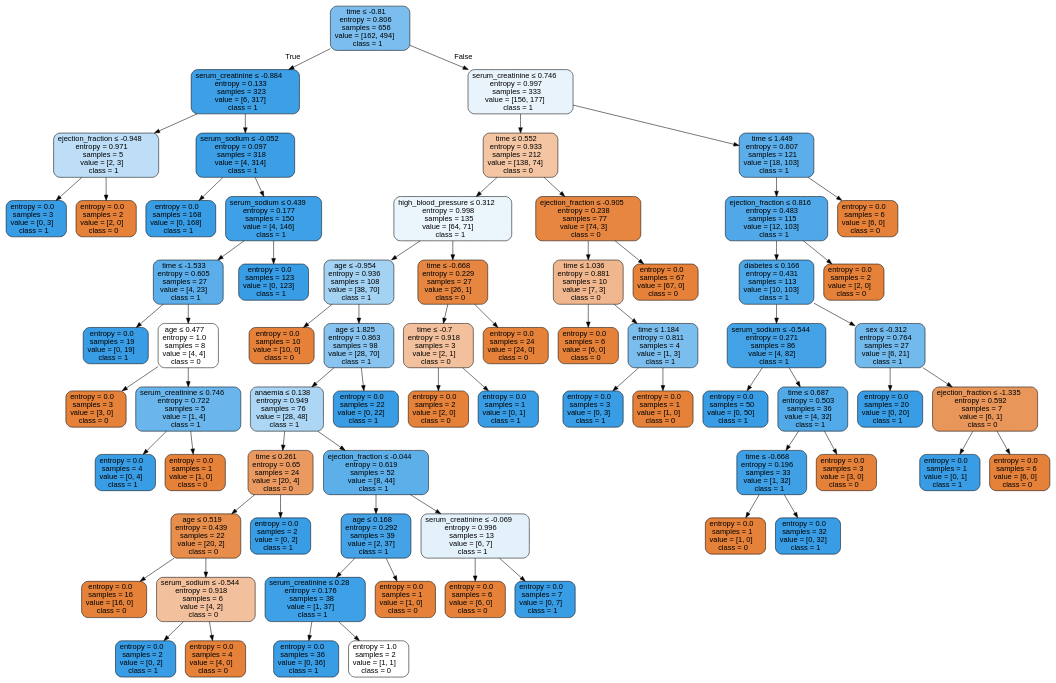
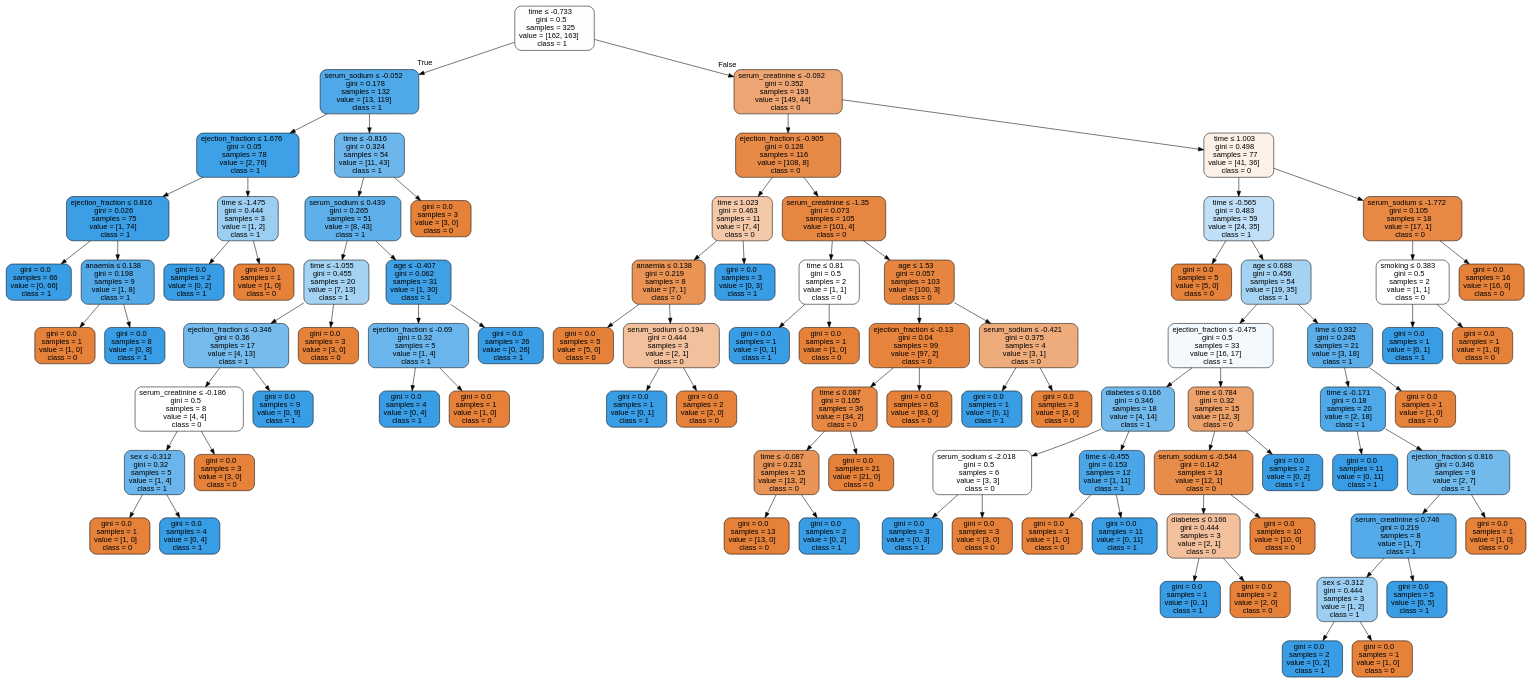
Before and after one commit to isabelSoares/CD-2021: the diagram in Labs/Lab05/Results/FeatureEng/OverSample/HFCR - OverSample - dtree.dot, drawn with Graphviz. The commit also changed 97 other files, not shown here.

```diff
--- a/Labs/Lab05/Results/FeatureEng/OverSample/HFCR - OverSample - dtree.dot
+++ b/Labs/Lab05/Results/FeatureEng/OverSample/HFCR - OverSample - dtree.dot
@@ -1,141 +1,177 @@
 digraph Tree {
 node [shape=box, style="filled, rounded", color="black", fontname=helvetica] ;
 edge [fontname=helvetica] ;
-0 [label=<time &le; -0.81<br/>entropy = 0.806<br/>samples = 656<br/>value = [162, 494]<br/>class = 1>, fillcolor="#7abdee"] ;
-1 [label=<serum_creatinine &le; -0.884<br/>entropy = 0.133<br/>samples = 323<br/>value = [6, 317]<br/>class = 1>, fillcolor="#3d9fe5"] ;
+0 [label=<time &le; -0.733<br/>gini = 0.5<br/>samples = 325<br/>value = [162, 163]<br/>class = 1>, fillcolor="#fefeff"] ;
+1 [label=<serum_sodium &le; -0.052<br/>gini = 0.178<br/>samples = 132<br/>value = [13, 119]<br/>class = 1>, fillcolor="#4fa8e8"] ;
 0 -> 1 [labeldistance=2.5, labelangle=45, headlabel="True"] ;
-2 [label=<ejection_fraction &le; -0.948<br/>entropy = 0.971<br/>samples = 5<br/>value = [2, 3]<br/>class = 1>, fillcolor="#bddef6"] ;
+2 [label=<ejection_fraction &le; 1.676<br/>gini = 0.05<br/>samples = 78<br/>value = [2, 76]<br/>class = 1>, fillcolor="#3ea0e6"] ;
 1 -> 2 ;
-3 [label=<entropy = 0.0<br/>samples = 3<br/>value = [0, 3]<br/>class = 1>, fillcolor="#399de5"] ;
+3 [label=<ejection_fraction &le; 0.816<br/>gini = 0.026<br/>samples = 75<br/>value = [1, 74]<br/>class = 1>, fillcolor="#3c9ee5"] ;
 2 -> 3 ;
-4 [label=<entropy = 0.0<br/>samples = 2<br/>value = [2, 0]<br/>class = 0>, fillcolor="#e58139"] ;
-2 -> 4 ;
-5 [label=<serum_sodium &le; -0.052<br/>entropy = 0.097<br/>samples = 318<br/>value = [4, 314]<br/>class = 1>, fillcolor="#3c9ee5"] ;
-1 -> 5 ;
-6 [label=<entropy = 0.0<br/>samples = 168<br/>value = [0, 168]<br/>class = 1>, fillcolor="#399de5"] ;
+4 [label=<gini = 0.0<br/>samples = 66<br/>value = [0, 66]<br/>class = 1>, fillcolor="#399de5"] ;
+3 -> 4 ;
+5 [label=<anaemia &le; 0.138<br/>gini = 0.198<br/>samples = 9<br/>value = [1, 8]<br/>class = 1>, fillcolor="#52a9e8"] ;
+3 -> 5 ;
+6 [label=<gini = 0.0<br/>samples = 1<br/>value = [1, 0]<br/>class = 0>, fillcolor="#e58139"] ;
 5 -> 6 ;
-7 [label=<serum_sodium &le; 0.439<br/>entropy = 0.177<br/>samples = 150<br/>value = [4, 146]<br/>class = 1>, fillcolor="#3ea0e6"] ;
+7 [label=<gini = 0.0<br/>samples = 8<br/>value = [0, 8]<br/>class = 1>, fillcolor="#399de5"] ;
 5 -> 7 ;
-8 [label=<time &le; -1.533<br/>entropy = 0.605<br/>samples = 27<br/>value = [4, 23]<br/>class = 1>, fillcolor="#5baeea"] ;
-7 -> 8 ;
-9 [label=<entropy = 0.0<br/>samples = 19<br/>value = [0, 19]<br/>class = 1>, fillcolor="#399de5"] ;
+8 [label=<time &le; -1.475<br/>gini = 0.444<br/>samples = 3<br/>value = [1, 2]<br/>class = 1>, fillcolor="#9ccef2"] ;
+2 -> 8 ;
+9 [label=<gini = 0.0<br/>samples = 2<br/>value = [0, 2]<br/>class = 1>, fillcolor="#399de5"] ;
 8 -> 9 ;
-10 [label=<age &le; 0.477<br/>entropy = 1.0<br/>samples = 8<br/>value = [4, 4]<br/>class = 0>, fillcolor="#ffffff"] ;
+10 [label=<gini = 0.0<br/>samples = 1<br/>value = [1, 0]<br/>class = 0>, fillcolor="#e58139"] ;
 8 -> 10 ;
-11 [label=<entropy = 0.0<br/>samples = 3<br/>value = [3, 0]<br/>class = 0>, fillcolor="#e58139"] ;
-10 -> 11 ;
-12 [label=<serum_creatinine &le; 0.746<br/>entropy = 0.722<br/>samples = 5<br/>value = [1, 4]<br/>class = 1>, fillcolor="#6ab6ec"] ;
-10 -> 12 ;
-13 [label=<entropy = 0.0<br/>samples = 4<br/>value = [0, 4]<br/>class = 1>, fillcolor="#399de5"] ;
+11 [label=<time &le; -0.816<br/>gini = 0.324<br/>samples = 54<br/>value = [11, 43]<br/>class = 1>, fillcolor="#6cb6ec"] ;
+1 -> 11 ;
+12 [label=<serum_sodium &le; 0.439<br/>gini = 0.265<br/>samples = 51<br/>value = [8, 43]<br/>class = 1>, fillcolor="#5eafea"] ;
+11 -> 12 ;
+13 [label=<time &le; -1.055<br/>gini = 0.455<br/>samples = 20<br/>value = [7, 13]<br/>class = 1>, fillcolor="#a4d2f3"] ;
 12 -> 13 ;
-14 [label=<entropy = 0.0<br/>samples = 1<br/>value = [1, 0]<br/>class = 0>, fillcolor="#e58139"] ;
-12 -> 14 ;
-15 [label=<entropy = 0.0<br/>samples = 123<br/>value = [0, 123]<br/>class = 1>, fillcolor="#399de5"] ;
-7 -> 15 ;
-16 [label=<serum_creatinine &le; 0.746<br/>entropy = 0.997<br/>samples = 333<br/>value = [156, 177]<br/>class = 1>, fillcolor="#e8f3fc"] ;
-0 -> 16 [labeldistance=2.5, labelangle=-45, headlabel="False"] ;
-17 [label=<time &le; 0.552<br/>entropy = 0.933<br/>samples = 212<br/>value = [138, 74]<br/>class = 0>, fillcolor="#f3c5a3"] ;
+14 [label=<ejection_fraction &le; -0.346<br/>gini = 0.36<br/>samples = 17<br/>value = [4, 13]<br/>class = 1>, fillcolor="#76bbed"] ;
+13 -> 14 ;
+15 [label=<serum_creatinine &le; -0.186<br/>gini = 0.5<br/>samples = 8<br/>value = [4, 4]<br/>class = 0>, fillcolor="#ffffff"] ;
+14 -> 15 ;
+16 [label=<sex &le; -0.312<br/>gini = 0.32<br/>samples = 5<br/>value = [1, 4]<br/>class = 1>, fillcolor="#6ab6ec"] ;
+15 -> 16 ;
+17 [label=<gini = 0.0<br/>samples = 1<br/>value = [1, 0]<br/>class = 0>, fillcolor="#e58139"] ;
 16 -> 17 ;
-18 [label=<high_blood_pressure &le; 0.312<br/>entropy = 0.998<br/>samples = 135<br/>value = [64, 71]<br/>class = 1>, fillcolor="#ebf5fc"] ;
-17 -> 18 ;
-19 [label=<age &le; -0.954<br/>entropy = 0.936<br/>samples = 108<br/>value = [38, 70]<br/>class = 1>, fillcolor="#a4d2f3"] ;
-18 -> 19 ;
-20 [label=<entropy = 0.0<br/>samples = 10<br/>value = [10, 0]<br/>class = 0>, fillcolor="#e58139"] ;
-19 -> 20 ;
-21 [label=<age &le; 1.825<br/>entropy = 0.863<br/>samples = 98<br/>value = [28, 70]<br/>class = 1>, fillcolor="#88c4ef"] ;
-19 -> 21 ;
-22 [label=<anaemia &le; 0.138<br/>entropy = 0.949<br/>samples = 76<br/>value = [28, 48]<br/>class = 1>, fillcolor="#acd6f4"] ;
-21 -> 22 ;
-23 [label=<time &le; 0.261<br/>entropy = 0.65<br/>samples = 24<br/>value = [20, 4]<br/>class = 0>, fillcolor="#ea9a61"] ;
+18 [label=<gini = 0.0<br/>samples = 4<br/>value = [0, 4]<br/>class = 1>, fillcolor="#399de5"] ;
+16 -> 18 ;
+19 [label=<gini = 0.0<br/>samples = 3<br/>value = [3, 0]<br/>class = 0>, fillcolor="#e58139"] ;
+15 -> 19 ;
+20 [label=<gini = 0.0<br/>samples = 9<br/>value = [0, 9]<br/>class = 1>, fillcolor="#399de5"] ;
+14 -> 20 ;
+21 [label=<gini = 0.0<br/>samples = 3<br/>value = [3, 0]<br/>class = 0>, fillcolor="#e58139"] ;
+13 -> 21 ;
+22 [label=<age &le; -0.407<br/>gini = 0.062<br/>samples = 31<br/>value = [1, 30]<br/>class = 1>, fillcolor="#40a0e6"] ;
+12 -> 22 ;
+23 [label=<ejection_fraction &le; -0.69<br/>gini = 0.32<br/>samples = 5<br/>value = [1, 4]<br/>class = 1>, fillcolor="#6ab6ec"] ;
 22 -> 23 ;
-24 [label=<age &le; 0.519<br/>entropy = 0.439<br/>samples = 22<br/>value = [20, 2]<br/>class = 0>, fillcolor="#e88e4d"] ;
+24 [label=<gini = 0.0<br/>samples = 4<br/>value = [0, 4]<br/>class = 1>, fillcolor="#399de5"] ;
 23 -> 24 ;
-25 [label=<entropy = 0.0<br/>samples = 16<br/>value = [16, 0]<br/>class = 0>, fillcolor="#e58139"] ;
-24 -> 25 ;
-26 [label=<serum_sodium &le; -0.544<br/>entropy = 0.918<br/>samples = 6<br/>value = [4, 2]<br/>class = 0>, fillcolor="#f2c09c"] ;
-24 -> 26 ;
-27 [label=<entropy = 0.0<br/>samples = 2<br/>value = [0, 2]<br/>class = 1>, fillcolor="#399de5"] ;
-26 -> 27 ;
-28 [label=<entropy = 0.0<br/>samples = 4<br/>value = [4, 0]<br/>class = 0>, fillcolor="#e58139"] ;
-26 -> 28 ;
-29 [label=<entropy = 0.0<br/>samples = 2<br/>value = [0, 2]<br/>class = 1>, fillcolor="#399de5"] ;
-23 -> 29 ;
-30 [label=<ejection_fraction &le; -0.044<br/>entropy = 0.619<br/>samples = 52<br/>value = [8, 44]<br/>class = 1>, fillcolor="#5dafea"] ;
-22 -> 30 ;
-31 [label=<age &le; 0.168<br/>entropy = 0.292<br/>samples = 39<br/>value = [2, 37]<br/>class = 1>, fillcolor="#44a2e6"] ;
+25 [label=<gini = 0.0<br/>samples = 1<br/>value = [1, 0]<br/>class = 0>, fillcolor="#e58139"] ;
+23 -> 25 ;
+26 [label=<gini = 0.0<br/>samples = 26<br/>value = [0, 26]<br/>class = 1>, fillcolor="#399de5"] ;
+22 -> 26 ;
+27 [label=<gini = 0.0<br/>samples = 3<br/>value = [3, 0]<br/>class = 0>, fillcolor="#e58139"] ;
+11 -> 27 ;
+28 [label=<serum_creatinine &le; -0.092<br/>gini = 0.352<br/>samples = 193<br/>value = [149, 44]<br/>class = 0>, fillcolor="#eda673"] ;
+0 -> 28 [labeldistance=2.5, labelangle=-45, headlabel="False"] ;
+29 [label=<ejection_fraction &le; -0.905<br/>gini = 0.128<br/>samples = 116<br/>value = [108, 8]<br/>class = 0>, fillcolor="#e78a48"] ;
+28 -> 29 ;
+30 [label=<time &le; 1.023<br/>gini = 0.463<br/>samples = 11<br/>value = [7, 4]<br/>class = 0>, fillcolor="#f4c9aa"] ;
+29 -> 30 ;
+31 [label=<anaemia &le; 0.138<br/>gini = 0.219<br/>samples = 8<br/>value = [7, 1]<br/>class = 0>, fillcolor="#e99355"] ;
 30 -> 31 ;
-32 [label=<serum_creatinine &le; 0.28<br/>entropy = 0.176<br/>samples = 38<br/>value = [1, 37]<br/>class = 1>, fillcolor="#3ea0e6"] ;
+32 [label=<gini = 0.0<br/>samples = 5<br/>value = [5, 0]<br/>class = 0>, fillcolor="#e58139"] ;
 31 -> 32 ;
-33 [label=<entropy = 0.0<br/>samples = 36<br/>value = [0, 36]<br/>class = 1>, fillcolor="#399de5"] ;
-32 -> 33 ;
-34 [label=<entropy = 1.0<br/>samples = 2<br/>value = [1, 1]<br/>class = 0>, fillcolor="#ffffff"] ;
-32 -> 34 ;
-35 [label=<entropy = 0.0<br/>samples = 1<br/>value = [1, 0]<br/>class = 0>, fillcolor="#e58139"] ;
-31 -> 35 ;
-36 [label=<serum_creatinine &le; -0.069<br/>entropy = 0.996<br/>samples = 13<br/>value = [6, 7]<br/>class = 1>, fillcolor="#e3f1fb"] ;
+33 [label=<serum_sodium &le; 0.194<br/>gini = 0.444<br/>samples = 3<br/>value = [2, 1]<br/>class = 0>, fillcolor="#f2c09c"] ;
+31 -> 33 ;
+34 [label=<gini = 0.0<br/>samples = 1<br/>value = [0, 1]<br/>class = 1>, fillcolor="#399de5"] ;
+33 -> 34 ;
+35 [label=<gini = 0.0<br/>samples = 2<br/>value = [2, 0]<br/>class = 0>, fillcolor="#e58139"] ;
+33 -> 35 ;
+36 [label=<gini = 0.0<br/>samples = 3<br/>value = [0, 3]<br/>class = 1>, fillcolor="#399de5"] ;
 30 -> 36 ;
-37 [label=<entropy = 0.0<br/>samples = 6<br/>value = [6, 0]<br/>class = 0>, fillcolor="#e58139"] ;
-36 -> 37 ;
-38 [label=<entropy = 0.0<br/>samples = 7<br/>value = [0, 7]<br/>class = 1>, fillcolor="#399de5"] ;
-36 -> 38 ;
-39 [label=<entropy = 0.0<br/>samples = 22<br/>value = [0, 22]<br/>class = 1>, fillcolor="#399de5"] ;
-21 -> 39 ;
-40 [label=<time &le; -0.668<br/>entropy = 0.229<br/>samples = 27<br/>value = [26, 1]<br/>class = 0>, fillcolor="#e68641"] ;
-18 -> 40 ;
-41 [label=<time &le; -0.7<br/>entropy = 0.918<br/>samples = 3<br/>value = [2, 1]<br/>class = 0>, fillcolor="#f2c09c"] ;
-40 -> 41 ;
-42 [label=<entropy = 0.0<br/>samples = 2<br/>value = [2, 0]<br/>class = 0>, fillcolor="#e58139"] ;
+37 [label=<serum_creatinine &le; -1.35<br/>gini = 0.073<br/>samples = 105<br/>value = [101, 4]<br/>class = 0>, fillcolor="#e68641"] ;
+29 -> 37 ;
+38 [label=<time &le; 0.81<br/>gini = 0.5<br/>samples = 2<br/>value = [1, 1]<br/>class = 0>, fillcolor="#ffffff"] ;
+37 -> 38 ;
+39 [label=<gini = 0.0<br/>samples = 1<br/>value = [0, 1]<br/>class = 1>, fillcolor="#399de5"] ;
+38 -> 39 ;
+40 [label=<gini = 0.0<br/>samples = 1<br/>value = [1, 0]<br/>class = 0>, fillcolor="#e58139"] ;
+38 -> 40 ;
+41 [label=<age &le; 1.53<br/>gini = 0.057<br/>samples = 103<br/>value = [100, 3]<br/>class = 0>, fillcolor="#e6853f"] ;
+37 -> 41 ;
+42 [label=<ejection_fraction &le; -0.13<br/>gini = 0.04<br/>samples = 99<br/>value = [97, 2]<br/>class = 0>, fillcolor="#e6843d"] ;
 41 -> 42 ;
-43 [label=<entropy = 0.0<br/>samples = 1<br/>value = [0, 1]<br/>class = 1>, fillcolor="#399de5"] ;
-41 -> 43 ;
-44 [label=<entropy = 0.0<br/>samples = 24<br/>value = [24, 0]<br/>class = 0>, fillcolor="#e58139"] ;
-40 -> 44 ;
-45 [label=<ejection_fraction &le; -0.905<br/>entropy = 0.238<br/>samples = 77<br/>value = [74, 3]<br/>class = 0>, fillcolor="#e68641"] ;
-17 -> 45 ;
-46 [label=<time &le; 1.036<br/>entropy = 0.881<br/>samples = 10<br/>value = [7, 3]<br/>class = 0>, fillcolor="#f0b78e"] ;
-45 -> 46 ;
-47 [label=<entropy = 0.0<br/>samples = 6<br/>value = [6, 0]<br/>class = 0>, fillcolor="#e58139"] ;
-46 -> 47 ;
-48 [label=<time &le; 1.184<br/>entropy = 0.811<br/>samples = 4<br/>value = [1, 3]<br/>class = 1>, fillcolor="#7bbeee"] ;
-46 -> 48 ;
-49 [label=<entropy = 0.0<br/>samples = 3<br/>value = [0, 3]<br/>class = 1>, fillcolor="#399de5"] ;
-48 -> 49 ;
-50 [label=<entropy = 0.0<br/>samples = 1<br/>value = [1, 0]<br/>class = 0>, fillcolor="#e58139"] ;
-48 -> 50 ;
-51 [label=<entropy = 0.0<br/>samples = 67<br/>value = [67, 0]<br/>class = 0>, fillcolor="#e58139"] ;
-45 -> 51 ;
-52 [label=<time &le; 1.449<br/>entropy = 0.607<br/>samples = 121<br/>value = [18, 103]<br/>class = 1>, fillcolor="#5caeea"] ;
-16 -> 52 ;
-53 [label=<ejection_fraction &le; 0.816<br/>entropy = 0.483<br/>samples = 115<br/>value = [12, 103]<br/>class = 1>, fillcolor="#50a8e8"] ;
+43 [label=<time &le; 0.087<br/>gini = 0.105<br/>samples = 36<br/>value = [34, 2]<br/>class = 0>, fillcolor="#e78845"] ;
+42 -> 43 ;
+44 [label=<time &le; -0.087<br/>gini = 0.231<br/>samples = 15<br/>value = [13, 2]<br/>class = 0>, fillcolor="#e99457"] ;
+43 -> 44 ;
+45 [label=<gini = 0.0<br/>samples = 13<br/>value = [13, 0]<br/>class = 0>, fillcolor="#e58139"] ;
+44 -> 45 ;
+46 [label=<gini = 0.0<br/>samples = 2<br/>value = [0, 2]<br/>class = 1>, fillcolor="#399de5"] ;
+44 -> 46 ;
+47 [label=<gini = 0.0<br/>samples = 21<br/>value = [21, 0]<br/>class = 0>, fillcolor="#e58139"] ;
+43 -> 47 ;
+48 [label=<gini = 0.0<br/>samples = 63<br/>value = [63, 0]<br/>class = 0>, fillcolor="#e58139"] ;
+42 -> 48 ;
+49 [label=<serum_sodium &le; -0.421<br/>gini = 0.375<br/>samples = 4<br/>value = [3, 1]<br/>class = 0>, fillcolor="#eeab7b"] ;
+41 -> 49 ;
+50 [label=<gini = 0.0<br/>samples = 1<br/>value = [0, 1]<br/>class = 1>, fillcolor="#399de5"] ;
+49 -> 50 ;
+51 [label=<gini = 0.0<br/>samples = 3<br/>value = [3, 0]<br/>class = 0>, fillcolor="#e58139"] ;
+49 -> 51 ;
+52 [label=<time &le; 1.003<br/>gini = 0.498<br/>samples = 77<br/>value = [41, 36]<br/>class = 0>, fillcolor="#fcf0e7"] ;
+28 -> 52 ;
+53 [label=<time &le; -0.565<br/>gini = 0.483<br/>samples = 59<br/>value = [24, 35]<br/>class = 1>, fillcolor="#c1e0f7"] ;
 52 -> 53 ;
-54 [label=<diabetes &le; 0.166<br/>entropy = 0.431<br/>samples = 113<br/>value = [10, 103]<br/>class = 1>, fillcolor="#4ca7e8"] ;
+54 [label=<gini = 0.0<br/>samples = 5<br/>value = [5, 0]<br/>class = 0>, fillcolor="#e58139"] ;
 53 -> 54 ;
-55 [label=<serum_sodium &le; -0.544<br/>entropy = 0.271<br/>samples = 86<br/>value = [4, 82]<br/>class = 1>, fillcolor="#43a2e6"] ;
-54 -> 55 ;
-56 [label=<entropy = 0.0<br/>samples = 50<br/>value = [0, 50]<br/>class = 1>, fillcolor="#399de5"] ;
+55 [label=<age &le; 0.688<br/>gini = 0.456<br/>samples = 54<br/>value = [19, 35]<br/>class = 1>, fillcolor="#a4d2f3"] ;
+53 -> 55 ;
+56 [label=<ejection_fraction &le; -0.475<br/>gini = 0.5<br/>samples = 33<br/>value = [16, 17]<br/>class = 1>, fillcolor="#f3f9fd"] ;
 55 -> 56 ;
-57 [label=<time &le; 0.687<br/>entropy = 0.503<br/>samples = 36<br/>value = [4, 32]<br/>class = 1>, fillcolor="#52a9e8"] ;
-55 -> 57 ;
-58 [label=<time &le; -0.668<br/>entropy = 0.196<br/>samples = 33<br/>value = [1, 32]<br/>class = 1>, fillcolor="#3fa0e6"] ;
+57 [label=<diabetes &le; 0.166<br/>gini = 0.346<br/>samples = 18<br/>value = [4, 14]<br/>class = 1>, fillcolor="#72b9ec"] ;
+56 -> 57 ;
+58 [label=<serum_sodium &le; -2.018<br/>gini = 0.5<br/>samples = 6<br/>value = [3, 3]<br/>class = 0>, fillcolor="#ffffff"] ;
 57 -> 58 ;
-59 [label=<entropy = 0.0<br/>samples = 1<br/>value = [1, 0]<br/>class = 0>, fillcolor="#e58139"] ;
+59 [label=<gini = 0.0<br/>samples = 3<br/>value = [0, 3]<br/>class = 1>, fillcolor="#399de5"] ;
 58 -> 59 ;
-60 [label=<entropy = 0.0<br/>samples = 32<br/>value = [0, 32]<br/>class = 1>, fillcolor="#399de5"] ;
+60 [label=<gini = 0.0<br/>samples = 3<br/>value = [3, 0]<br/>class = 0>, fillcolor="#e58139"] ;
 58 -> 60 ;
-61 [label=<entropy = 0.0<br/>samples = 3<br/>value = [3, 0]<br/>class = 0>, fillcolor="#e58139"] ;
+61 [label=<time &le; -0.455<br/>gini = 0.153<br/>samples = 12<br/>value = [1, 11]<br/>class = 1>, fillcolor="#4ba6e7"] ;
 57 -> 61 ;
-62 [label=<sex &le; -0.312<br/>entropy = 0.764<br/>samples = 27<br/>value = [6, 21]<br/>class = 1>, fillcolor="#72b9ec"] ;
-54 -> 62 ;
-63 [label=<entropy = 0.0<br/>samples = 20<br/>value = [0, 20]<br/>class = 1>, fillcolor="#399de5"] ;
-62 -> 63 ;
-64 [label=<ejection_fraction &le; -1.335<br/>entropy = 0.592<br/>samples = 7<br/>value = [6, 1]<br/>class = 0>, fillcolor="#e9965a"] ;
-62 -> 64 ;
-65 [label=<entropy = 0.0<br/>samples = 1<br/>value = [0, 1]<br/>class = 1>, fillcolor="#399de5"] ;
+62 [label=<gini = 0.0<br/>samples = 1<br/>value = [1, 0]<br/>class = 0>, fillcolor="#e58139"] ;
+61 -> 62 ;
+63 [label=<gini = 0.0<br/>samples = 11<br/>value = [0, 11]<br/>class = 1>, fillcolor="#399de5"] ;
+61 -> 63 ;
+64 [label=<time &le; 0.784<br/>gini = 0.32<br/>samples = 15<br/>value = [12, 3]<br/>class = 0>, fillcolor="#eca06a"] ;
+56 -> 64 ;
+65 [label=<serum_sodium &le; -0.544<br/>gini = 0.142<br/>samples = 13<br/>value = [12, 1]<br/>class = 0>, fillcolor="#e78c49"] ;
 64 -> 65 ;
-66 [label=<entropy = 0.0<br/>samples = 6<br/>value = [6, 0]<br/>class = 0>, fillcolor="#e58139"] ;
-64 -> 66 ;
-67 [label=<entropy = 0.0<br/>samples = 2<br/>value = [2, 0]<br/>class = 0>, fillcolor="#e58139"] ;
-53 -> 67 ;
-68 [label=<entropy = 0.0<br/>samples = 6<br/>value = [6, 0]<br/>class = 0>, fillcolor="#e58139"] ;
-52 -> 68 ;
+66 [label=<diabetes &le; 0.166<br/>gini = 0.444<br/>samples = 3<br/>value = [2, 1]<br/>class = 0>, fillcolor="#f2c09c"] ;
+65 -> 66 ;
+67 [label=<gini = 0.0<br/>samples = 1<br/>value = [0, 1]<br/>class = 1>, fillcolor="#399de5"] ;
+66 -> 67 ;
+68 [label=<gini = 0.0<br/>samples = 2<br/>value = [2, 0]<br/>class = 0>, fillcolor="#e58139"] ;
+66 -> 68 ;
+69 [label=<gini = 0.0<br/>samples = 10<br/>value = [10, 0]<br/>class = 0>, fillcolor="#e58139"] ;
+65 -> 69 ;
+70 [label=<gini = 0.0<br/>samples = 2<br/>value = [0, 2]<br/>class = 1>, fillcolor="#399de5"] ;
+64 -> 70 ;
+71 [label=<time &le; 0.932<br/>gini = 0.245<br/>samples = 21<br/>value = [3, 18]<br/>class = 1>, fillcolor="#5aade9"] ;
+55 -> 71 ;
+72 [label=<time &le; -0.171<br/>gini = 0.18<br/>samples = 20<br/>value = [2, 18]<br/>class = 1>, fillcolor="#4fa8e8"] ;
+71 -> 72 ;
+73 [label=<gini = 0.0<br/>samples = 11<br/>value = [0, 11]<br/>class = 1>, fillcolor="#399de5"] ;
+72 -> 73 ;
+74 [label=<ejection_fraction &le; 0.816<br/>gini = 0.346<br/>samples = 9<br/>value = [2, 7]<br/>class = 1>, fillcolor="#72b9ec"] ;
+72 -> 74 ;
+75 [label=<serum_creatinine &le; 0.746<br/>gini = 0.219<br/>samples = 8<br/>value = [1, 7]<br/>class = 1>, fillcolor="#55abe9"] ;
+74 -> 75 ;
+76 [label=<sex &le; -0.312<br/>gini = 0.444<br/>samples = 3<br/>value = [1, 2]<br/>class = 1>, fillcolor="#9ccef2"] ;
+75 -> 76 ;
+77 [label=<gini = 0.0<br/>samples = 2<br/>value = [0, 2]<br/>class = 1>, fillcolor="#399de5"] ;
+76 -> 77 ;
+78 [label=<gini = 0.0<br/>samples = 1<br/>value = [1, 0]<br/>class = 0>, fillcolor="#e58139"] ;
+76 -> 78 ;
+79 [label=<gini = 0.0<br/>samples = 5<br/>value = [0, 5]<br/>class = 1>, fillcolor="#399de5"] ;
+75 -> 79 ;
+80 [label=<gini = 0.0<br/>samples = 1<br/>value = [1, 0]<br/>class = 0>, fillcolor="#e58139"] ;
+74 -> 80 ;
+81 [label=<gini = 0.0<br/>samples = 1<br/>value = [1, 0]<br/>class = 0>, fillcolor="#e58139"] ;
+71 -> 81 ;
+82 [label=<serum_sodium &le; -1.772<br/>gini = 0.105<br/>samples = 18<br/>value = [17, 1]<br/>class = 0>, fillcolor="#e78845"] ;
+52 -> 82 ;
+83 [label=<smoking &le; 0.383<br/>gini = 0.5<br/>samples = 2<br/>value = [1, 1]<br/>class = 0>, fillcolor="#ffffff"] ;
+82 -> 83 ;
+84 [label=<gini = 0.0<br/>samples = 1<br/>value = [0, 1]<br/>class = 1>, fillcolor="#399de5"] ;
+83 -> 84 ;
+85 [label=<gini = 0.0<br/>samples = 1<br/>value = [1, 0]<br/>class = 0>, fillcolor="#e58139"] ;
+83 -> 85 ;
+86 [label=<gini = 0.0<br/>samples = 16<br/>value = [16, 0]<br/>class = 0>, fillcolor="#e58139"] ;
+82 -> 86 ;
 }
```
